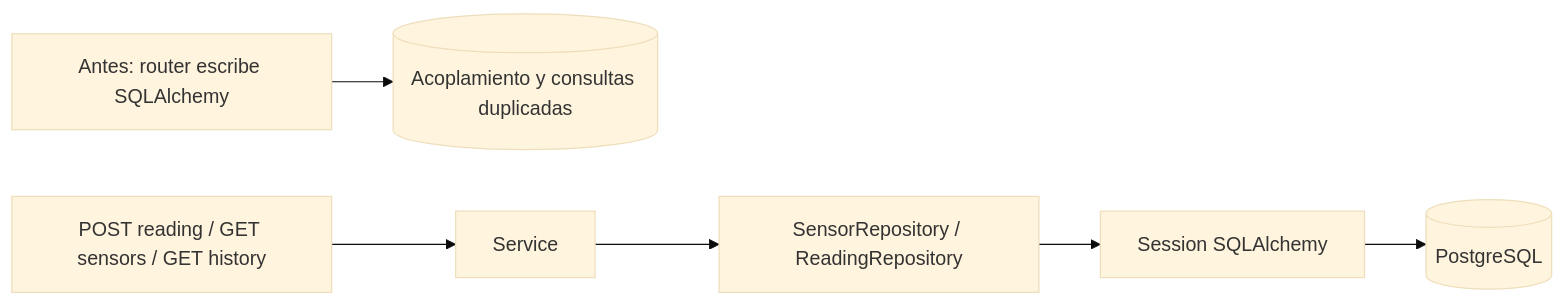
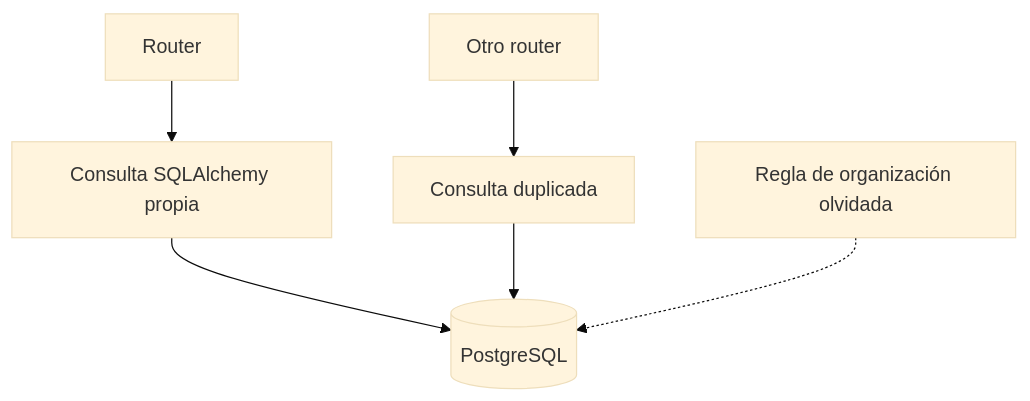
The first of 2 diagrams in docs/daruny/04-repositories-sensors-readings/03-diagrama.md (Anagamedina/ft_transcendence), drawn with Mermaid (base theme) before and after one commit. The commit also changed other lines of this file and 42 other files, not shown here.

````diff
--- a/docs/daruny/04-repositories-sensors-readings/03-diagrama.md
+++ b/docs/daruny/04-repositories-sensors-readings/03-diagrama.md
@@ -3,8 +5,8 @@
 ```mermaid
-flowchart LR
- A[Antes: router escribe SQLAlchemy] --> B[(Acoplamiento y consultas duplicadas)]
- C[Service] --> D[SensorRepository / ReadingRepository]
- D --> E[Session SQLAlchemy]
- E --> F[(PostgreSQL)]
- G[POST reading / GET sensors / GET history] --> C
+flowchart TD
+ A[Router] --> B[Consulta SQLAlchemy propia]
+ C[Otro router] --> D[Consulta duplicada]
+ B --> E[(PostgreSQL)]
+ D --> E
+ F[Regla de organización olvidada] -.-> E
 ```
````
